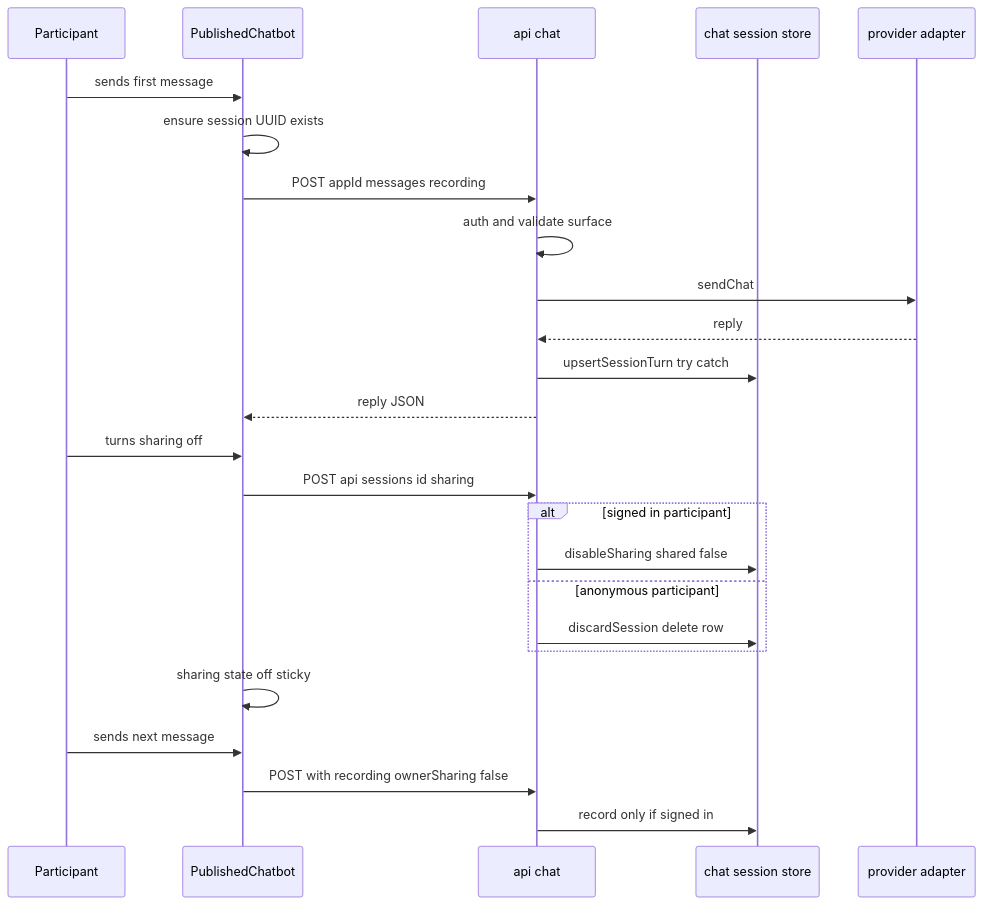
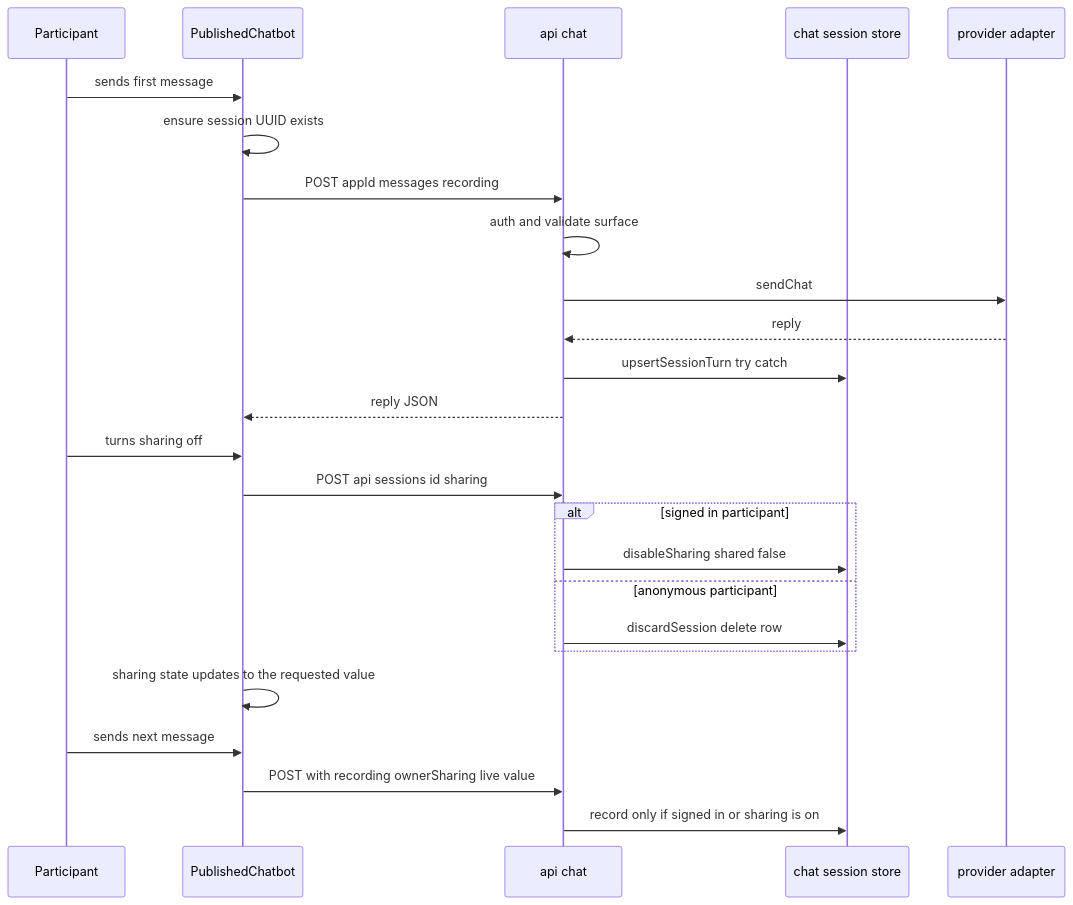
One commit to ruiwei-xiao/teacher-prompting changed the second of 2 diagrams in .kiro/specs/bot-activity-sessions/design.md. Above: the diagram before and after it, drawn with Mermaid. The commit also changed other lines of this file and 21 other files, not shown here.

````diff
--- a/.kiro/specs/bot-activity-sessions/design.md
+++ b/.kiro/specs/bot-activity-sessions/design.md
@@ -168,28 +168,28 @@
 ```mermaid
 sequenceDiagram
     participant U as Participant
     participant C as PublishedChatbot
     participant R as api chat
     participant S as chat session store
     participant P as provider adapter
 
     U->>C: sends first message
     C->>C: ensure session UUID exists
     C->>R: POST appId messages recording
     R->>R: auth and validate surface
     R->>P: sendChat
     P-->>R: reply
     R->>S: upsertSessionTurn try catch
     R-->>C: reply JSON
     U->>C: turns sharing off
     C->>R: POST api sessions id sharing
     alt signed in participant
         R->>S: disableSharing shared false
     else anonymous participant
         R->>S: discardSession delete row
     end
-    C->>C: sharing state off sticky
+    C->>C: sharing state updates to the requested value
     U->>C: sends next message
-    C->>R: POST with recording ownerSharing false
-    R->>S: record only if signed in
+    C->>R: POST with recording ownerSharing live value
+    R->>S: record only if signed in or sharing is on
 ```
````
